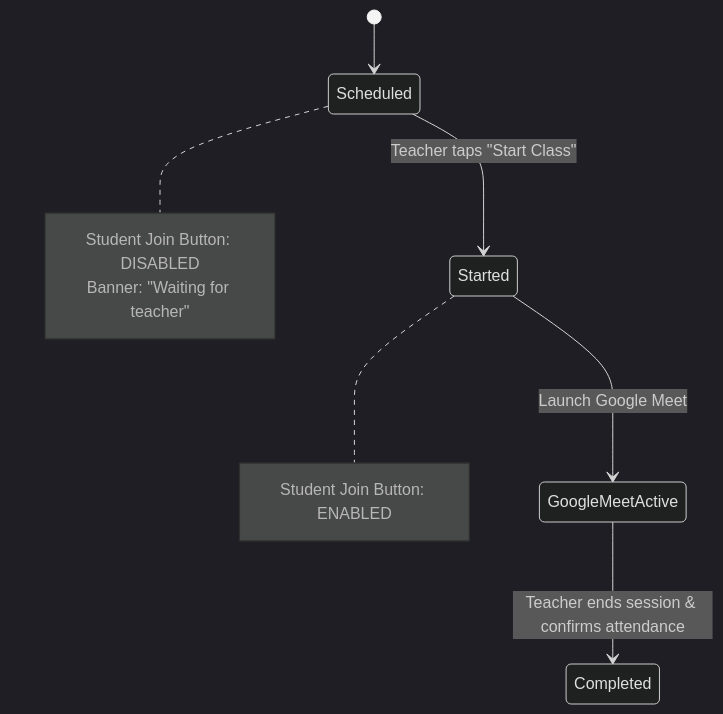
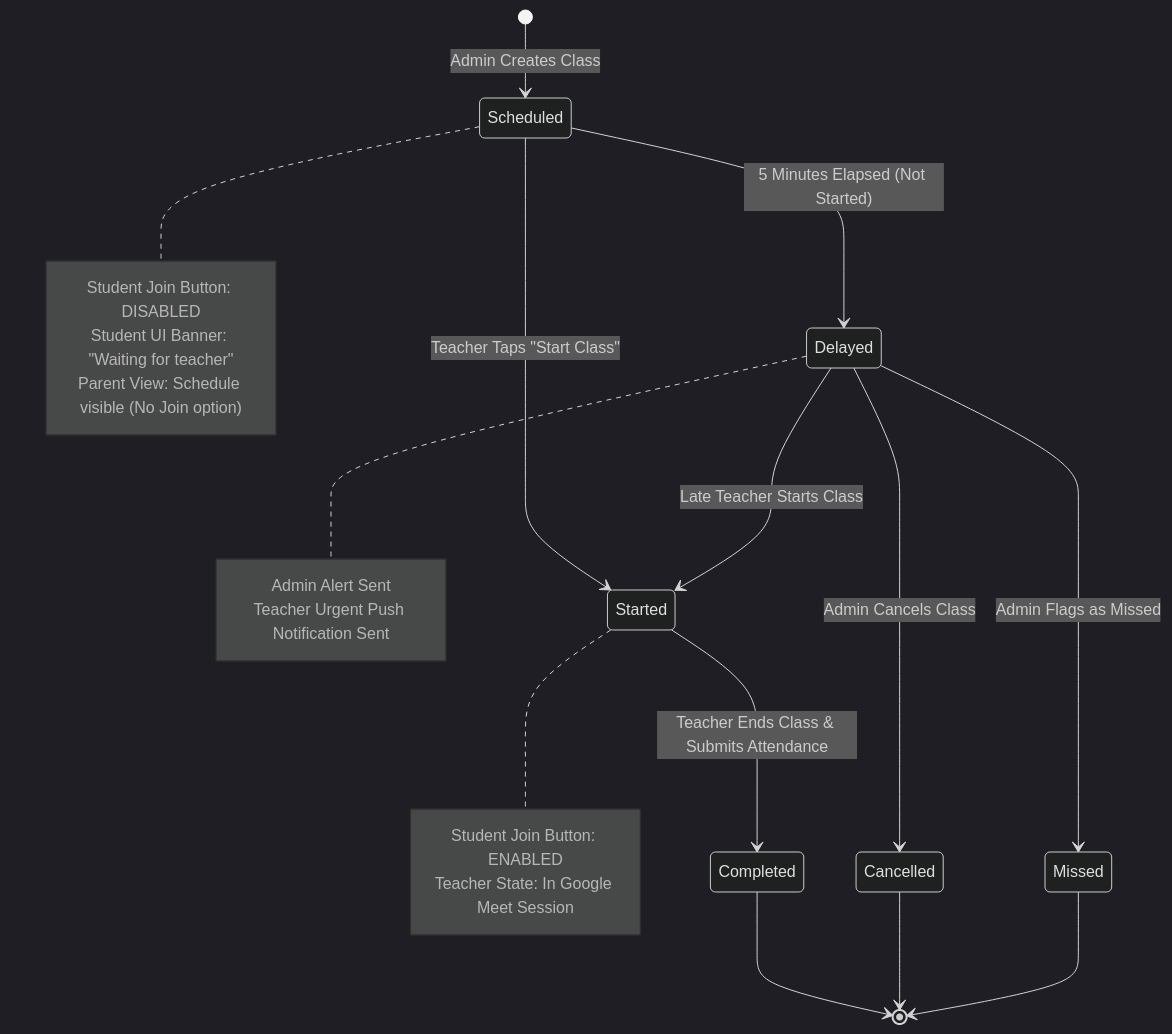
The diagram in REQUIREMENTS.md (rathish24/shalaverse), drawn with Mermaid (dark theme) before and after one commit. The commit also changed other lines of this file and 1 other file, not shown here.

Commit message:
docs: consolidate master product spec and add architecture guidelines

````diff
--- a/REQUIREMENTS.md
+++ b/REQUIREMENTS.md
@@ -81,16 +236,31 @@
 ```mermaid
 stateDiagram-v2
-    [*] --> Scheduled
-    Scheduled --> Started: Teacher taps "Start Class"
+    [*] --> Scheduled: Admin Creates Class
+    
+    Scheduled --> Started: Teacher Taps "Start Class"
     note right of Scheduled
         Student Join Button: DISABLED
-        Banner: "Waiting for teacher"
+        Student UI Banner: "Waiting for teacher"
+        Parent View: Schedule visible (No Join option)
     end note
     
-    Started --> GoogleMeetActive: Launch Google Meet
+    Started --> Completed: Teacher Ends Class & Submits Attendance
     note right of Started
         Student Join Button: ENABLED
+        Teacher State: In Google Meet Session
+    end note
+    
+    Scheduled --> Delayed: 5 Minutes Elapsed (Not Started)
+    note right of Delayed
+        Admin Alert Sent
+        Teacher Urgent Push Notification Sent
     end note
 
-    GoogleMeetActive --> Completed: Teacher ends session & confirms attendance
+    Delayed --> Started: Late Teacher Starts Class
+    Delayed --> Cancelled: Admin Cancels Class
+    Delayed --> Missed: Admin Flags as Missed
+    
+    Completed --> [*]
+    Cancelled --> [*]
+    Missed --> [*]
 ```
````
